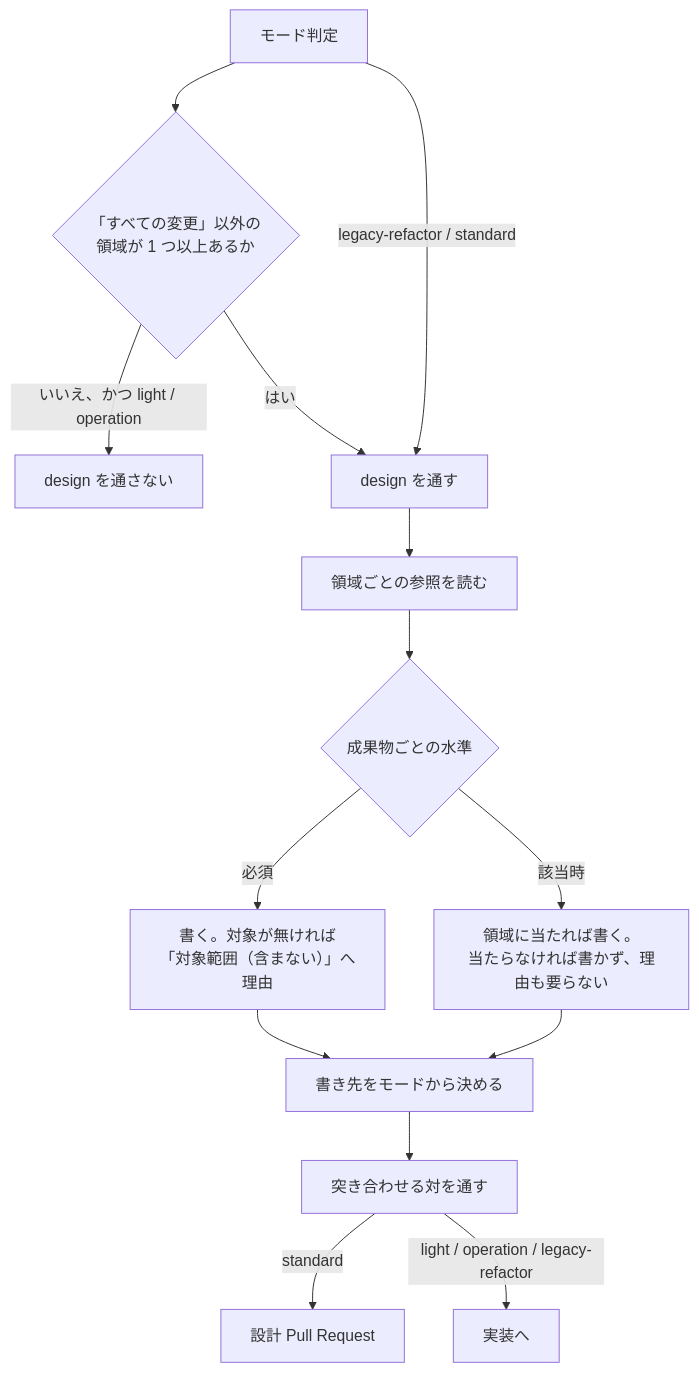
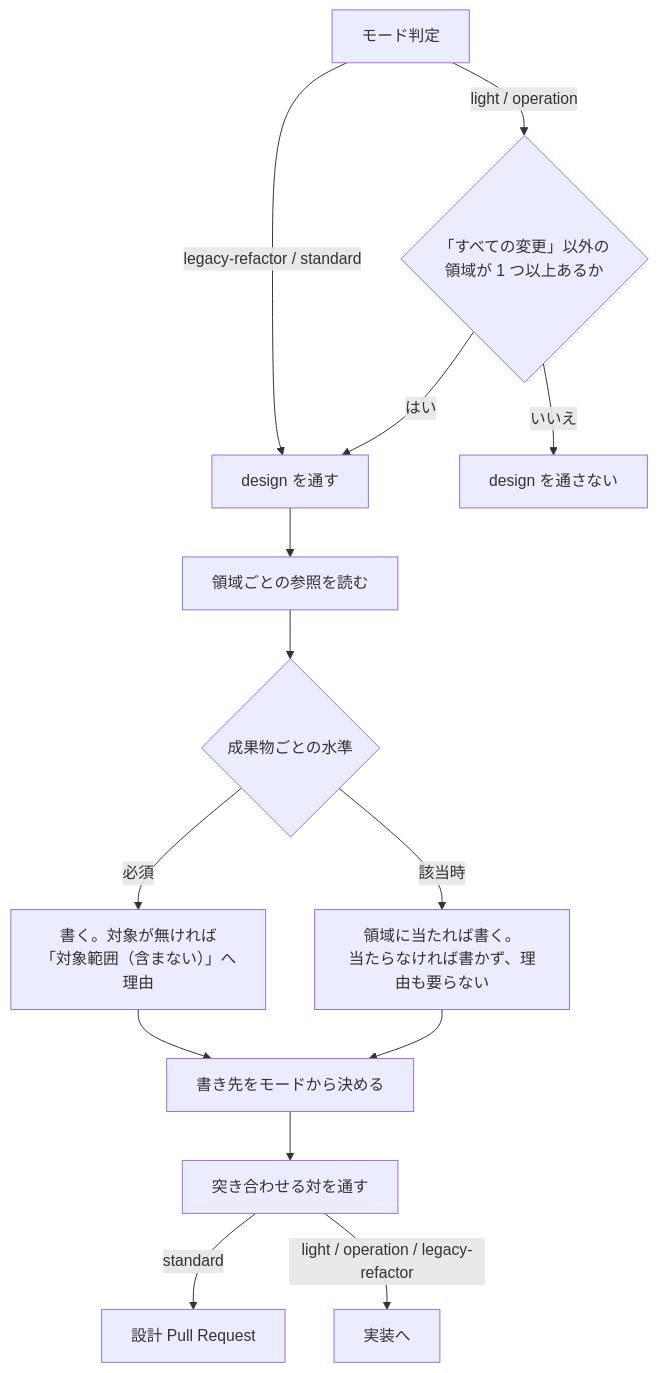
Before and after one commit to devbasex/ai-plugins: the second of 2 diagrams in issues/issue-375-376-463-design.md, drawn with Mermaid. The commit also changed other lines of this file and 1 other file, not shown here.

````diff
--- a/issues/issue-375-376-463-design.md
+++ b/issues/issue-375-376-463-design.md
@@ -125,16 +129,16 @@
 ```mermaid
 flowchart TD
-    M[モード判定] --> R{"「すべての変更」以外の<br/>領域が 1 つ以上あるか"}
-    R -->|"いいえ、かつ light / operation"| Skip[design を通さない]
-    R -->|はい| D[design を通す]
-    M -->|"legacy-refactor / standard"| D
+    M[モード判定] -->|"light / operation"| R{"「すべての変更」以外の<br/>領域が 1 つ以上あるか"}
+    M -->|"legacy-refactor / standard"| D[design を通す]
+    R -->|いいえ| Skip[design を通さない]
+    R -->|はい| D
     D --> L[領域ごとの参照を読む]
     L --> Y{成果物ごとの水準}
     Y -->|必須| W1[書く。対象が無ければ<br/>「対象範囲（含まない）」へ理由]
     Y -->|該当時| W2[領域に当たれば書く。<br/>当たらなければ書かず、理由も要らない]
     W1 --> P[書き先をモードから決める]
     W2 --> P
     P --> C[突き合わせる対を通す]
     C -->|standard| PR[設計 Pull Request]
     C -->|light / operation / legacy-refactor| Impl[実装へ]
 ```
````
